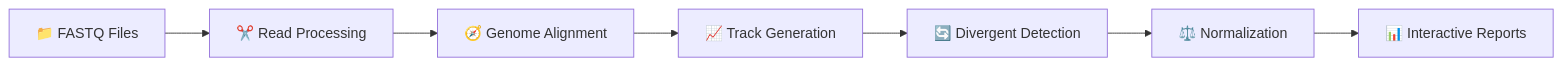
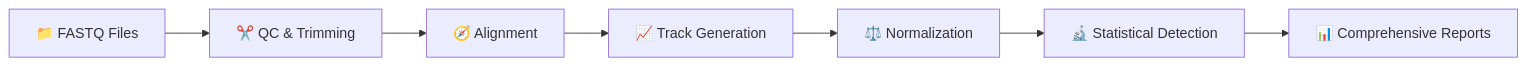
Before and after one commit to SerhatAktay/TrackTx: the diagram in README.md, drawn with Mermaid. The commit also changed other lines of this file and 58 other files, not shown here.

````diff
--- a/README.md
+++ b/README.md
@@ -117,9 +126,9 @@
 ```mermaid
 graph LR
-    A[📁 FASTQ Files] --> B[✂️ Read Processing]
-    B --> C[🧭 Genome Alignment]
+    A[📁 FASTQ Files] --> B[✂️ QC & Trimming]
+    B --> C[🧭 Alignment]
     C --> D[📈 Track Generation]
-    D --> E[🔄 Divergent Detection]
-    E --> F[⚖️ Normalization]
-    F --> G[📊 Interactive Reports]
+    D --> E[⚖️ Normalization]
+    E --> F[🔬 Statistical Detection]
+    F --> G[📊 Comprehensive Reports]
 ```
````
